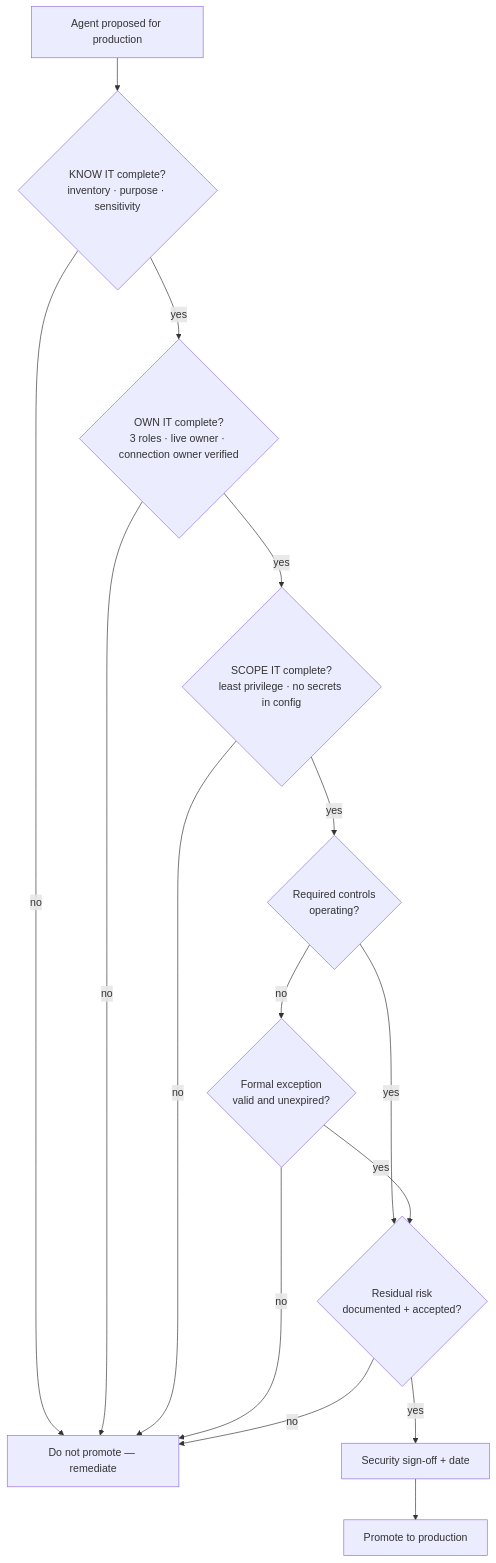
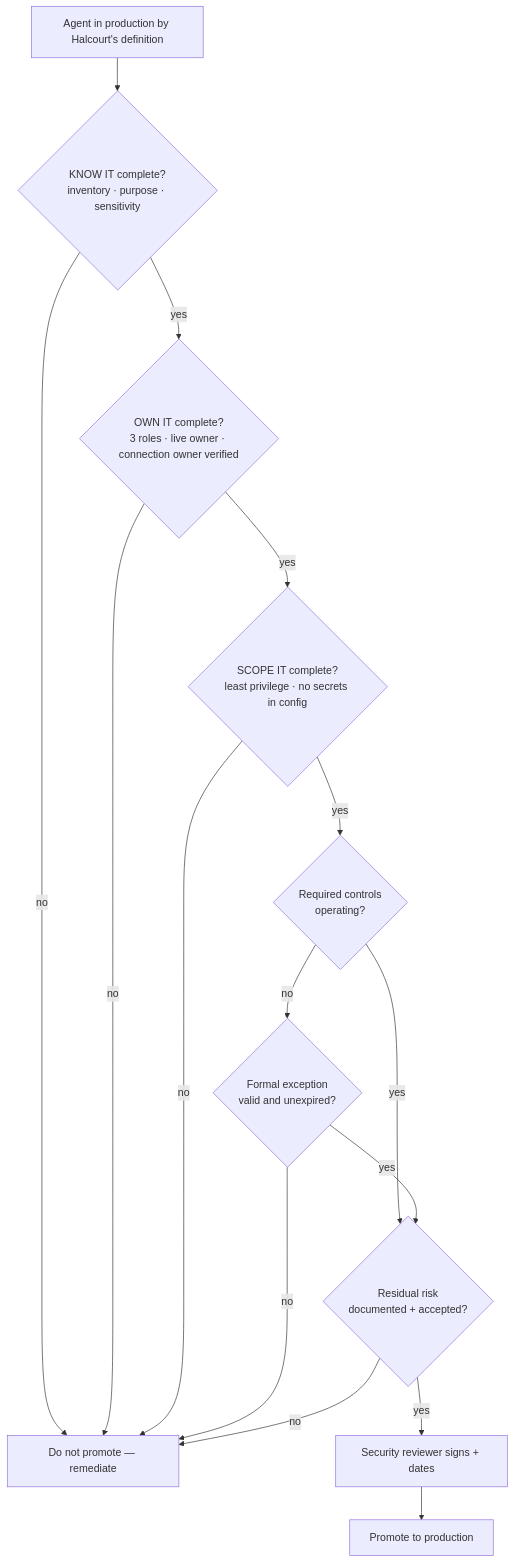
One commit to solliancenet/copilot-studio-shadow-agents-workshop changed the diagram in docs/06_security_baseline/06_01.md. Above: the diagram before and after it, drawn with Mermaid. The commit also changed other lines of this file and 2 other files, not shown here.

Commit message:
Promotion gate: Halcourt's production definition, conditions table, security reviewer

````diff
--- a/docs/06_security_baseline/06_01.md
+++ b/docs/06_security_baseline/06_01.md
@@ -37,17 +37,17 @@
 ```mermaid
 flowchart TD
-  A["Agent proposed for production"] --> K{"KNOW IT complete?<br/>inventory · purpose · sensitivity"}
+  A["Agent in production by Halcourt's definition"] --> K{"KNOW IT complete?<br/>inventory · purpose · sensitivity"}
   K -->|no| X["Do not promote — remediate"]
   K -->|yes| O{"OWN IT complete?<br/>3 roles · live owner · connection owner verified"}
   O -->|no| X
   O -->|yes| S{"SCOPE IT complete?<br/>least privilege · no secrets in config"}
   S -->|no| X
   S -->|yes| C{"Required controls<br/>operating?"}
   C -->|yes| R{"Residual risk<br/>documented + accepted?"}
   C -->|no| E{"Formal exception<br/>valid and unexpired?"}
   E -->|no| X
   E -->|yes| R
   R -->|no| X
-  R -->|yes| G["Security sign-off + date"]
+  R -->|yes| G["Security reviewer signs + dates"]
   G --> P["Promote to production"]
 ```
````
